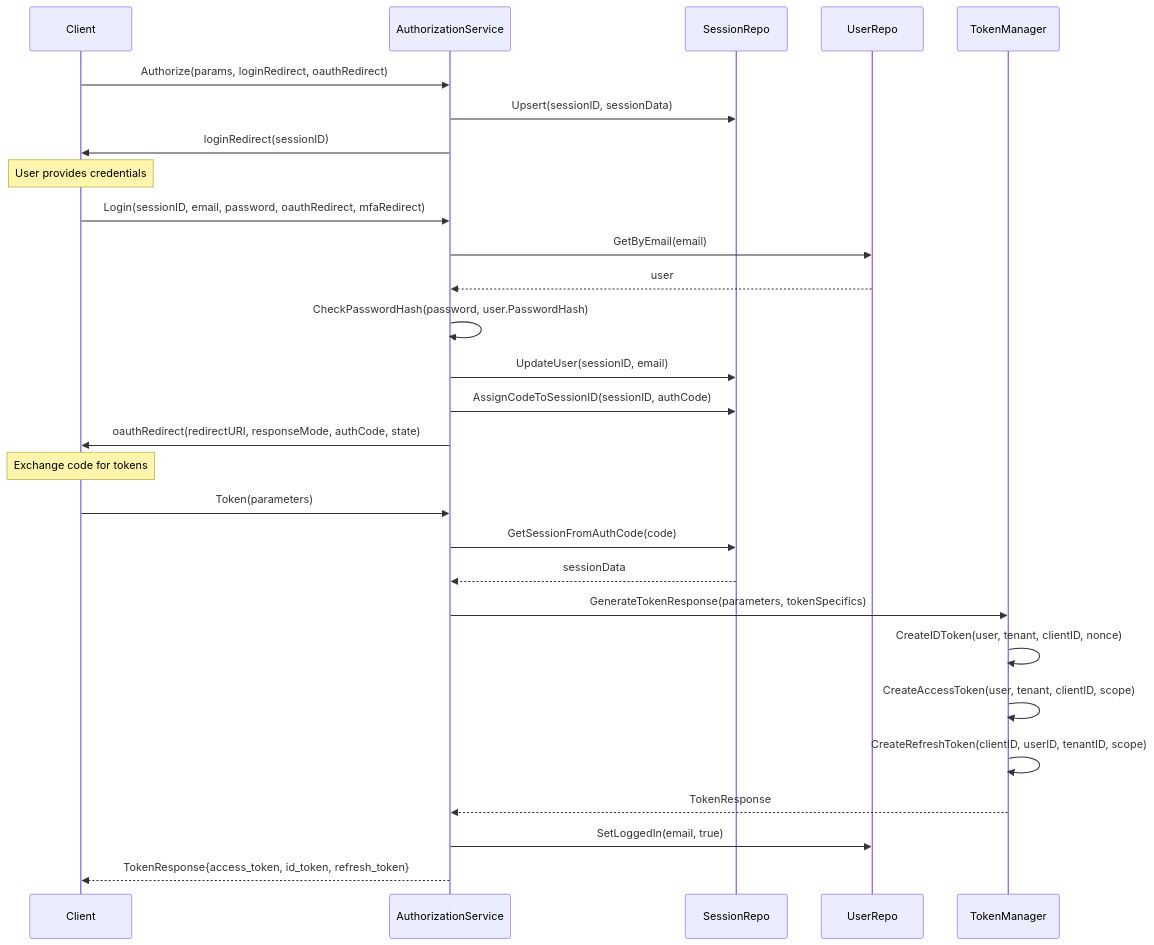
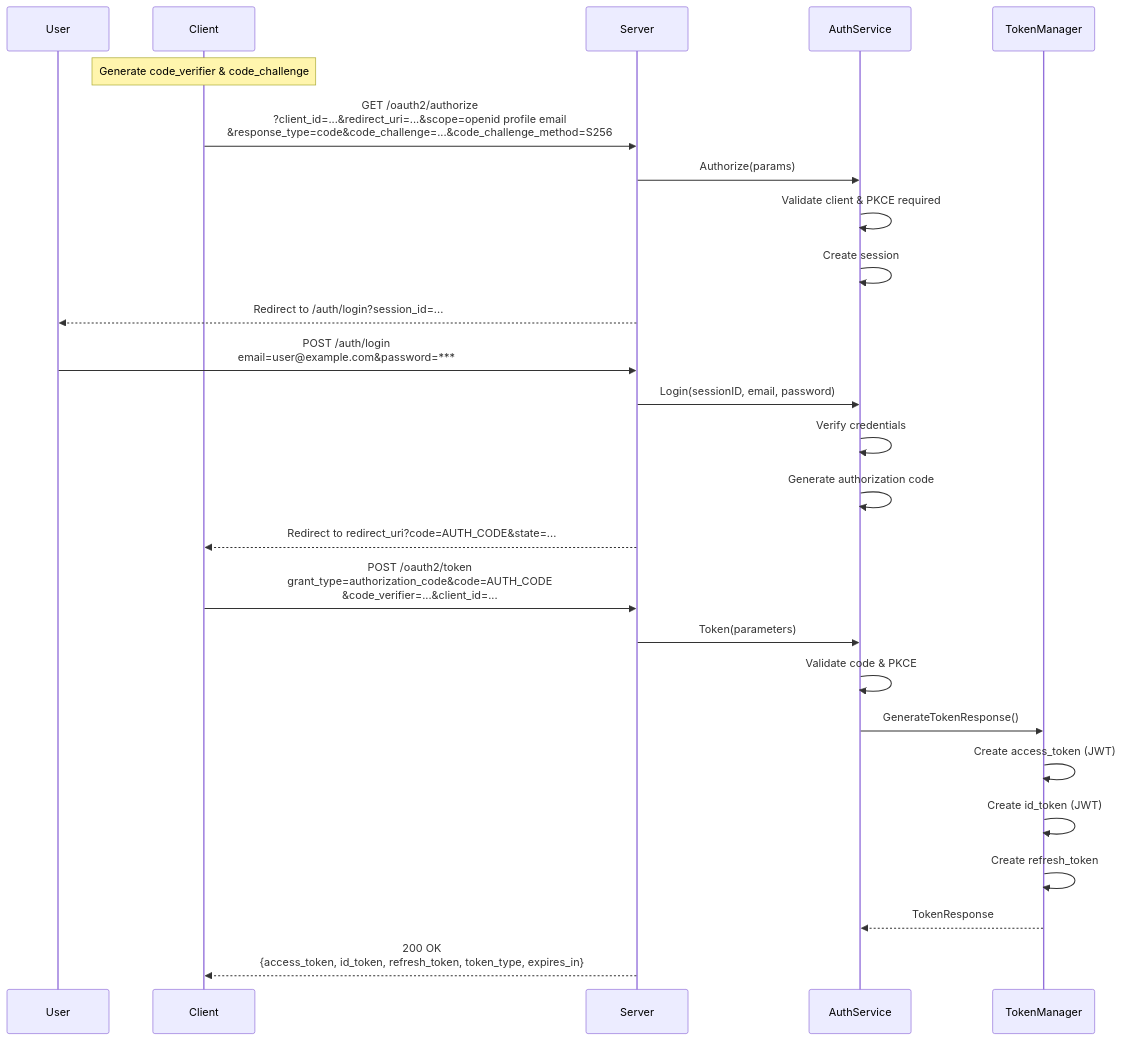
One commit to jrsteele09/go-oauth-service changed the second of 5 diagrams in README.md. Above: the diagram before and after it, drawn with Mermaid. The commit also changed other lines of this file and 17 other files, not shown here.

````diff
--- a/README.md
+++ b/README.md
@@ -84,35 +78,32 @@
 ```mermaid
 sequenceDiagram
+    participant User
     participant Client
-    participant AuthService as AuthorizationService
-    participant SessionRepo
-    participant UserRepo
-    participant TokenMgr as TokenManager
-
-    Client->>AuthService: Authorize(params, loginRedirect, oauthRedirect)
-    AuthService->>SessionRepo: Upsert(sessionID, sessionData)
-    AuthService->>Client: loginRedirect(sessionID)
+    participant Server
+    participant AuthService
+    participant TokenManager
     
-    Note over Client: User provides credentials
+    Note over Client: Generate code_verifier & code_challenge
     
-    Client->>AuthService: Login(sessionID, email, password, oauthRedirect, mfaRedirect)
-    AuthService->>UserRepo: GetByEmail(email)
-    UserRepo-->>AuthService: user
-    AuthService->>AuthService: CheckPasswordHash(password, user.PasswordHash)
-    AuthService->>SessionRepo: UpdateUser(sessionID, email)
-    AuthService->>SessionRepo: AssignCodeToSessionID(sessionID, authCode)
-    AuthService->>Client: oauthRedirect(redirectURI, responseMode, authCode, state)
+    Client->>Server: GET /oauth2/authorize<br/>?client_id=...&redirect_uri=...&scope=openid profile email<br/>&response_type=code&code_challenge=...&code_challenge_method=S256
+    Server->>AuthService: Authorize(params)
+    AuthService->>AuthService: Validate client & PKCE required
+    AuthService->>AuthService: Create session
+    Server-->>User: Redirect to /auth/login?session_id=...
     
-    Note over Client: Exchange code for tokens
+    User->>Server: POST /auth/login<br/>email=user@example.com&password=***
+    Server->>AuthService: Login(sessionID, email, password)
+    AuthService->>AuthService: Verify credentials
+    AuthService->>AuthService: Generate authorization code
+    Server-->>Client: Redirect to redirect_uri?code=AUTH_CODE&state=...
     
-    Client->>AuthService: Token(parameters)
-    AuthService->>SessionRepo: GetSessionFromAuthCode(code)
-    SessionRepo-->>AuthService: sessionData
-    AuthService->>TokenMgr: GenerateTokenResponse(parameters, tokenSpecifics)
-    TokenMgr->>TokenMgr: CreateIDToken(user, tenant, clientID, nonce)
-    TokenMgr->>TokenMgr: CreateAccessToken(user, tenant, clientID, scope)
-    TokenMgr->>TokenMgr: CreateRefreshToken(clientID, userID, tenantID, scope)
-    TokenMgr-->>AuthService: TokenResponse
-    AuthService->>UserRepo: SetLoggedIn(email, true)
-    AuthService-->>Client: TokenResponse{access_token, id_token, refresh_token}
+    Client->>Server: POST /oauth2/token<br/>grant_type=authorization_code&code=AUTH_CODE<br/>&code_verifier=...&client_id=...
+    Server->>AuthService: Token(parameters)
+    AuthService->>AuthService: Validate code & PKCE
+    AuthService->>TokenManager: GenerateTokenResponse()
+    TokenManager->>TokenManager: Create access_token (JWT)
+    TokenManager->>TokenManager: Create id_token (JWT)
+    TokenManager->>TokenManager: Create refresh_token
+    TokenManager-->>AuthService: TokenResponse
+    Server-->>Client: 200 OK<br/>{access_token, id_token, refresh_token, token_type, expires_in}
 ```
````
